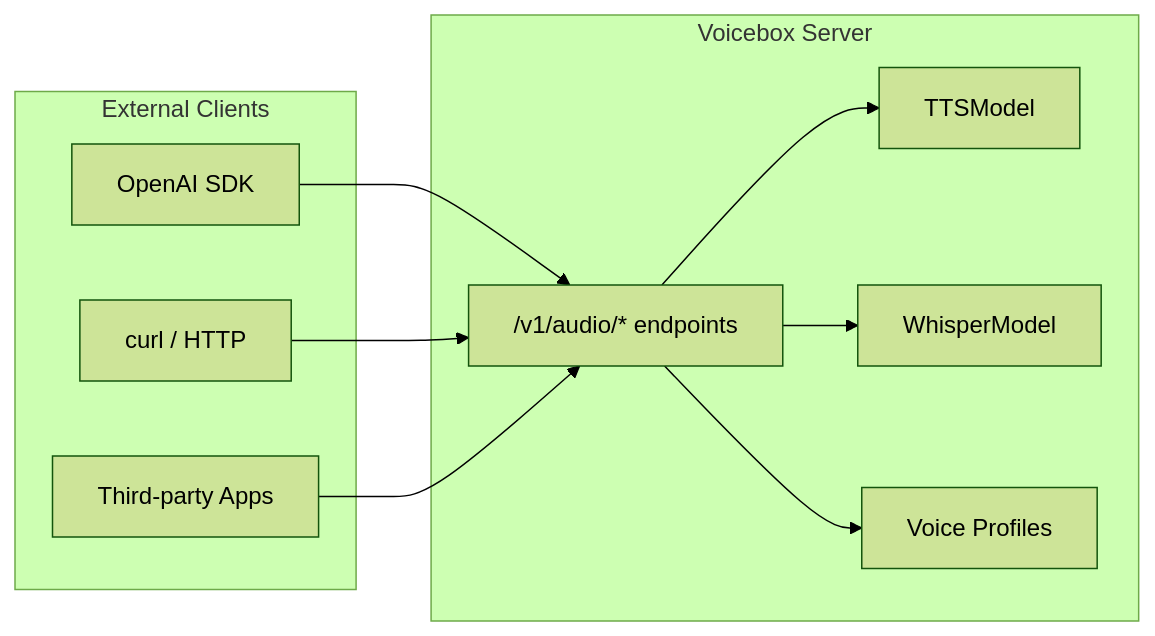
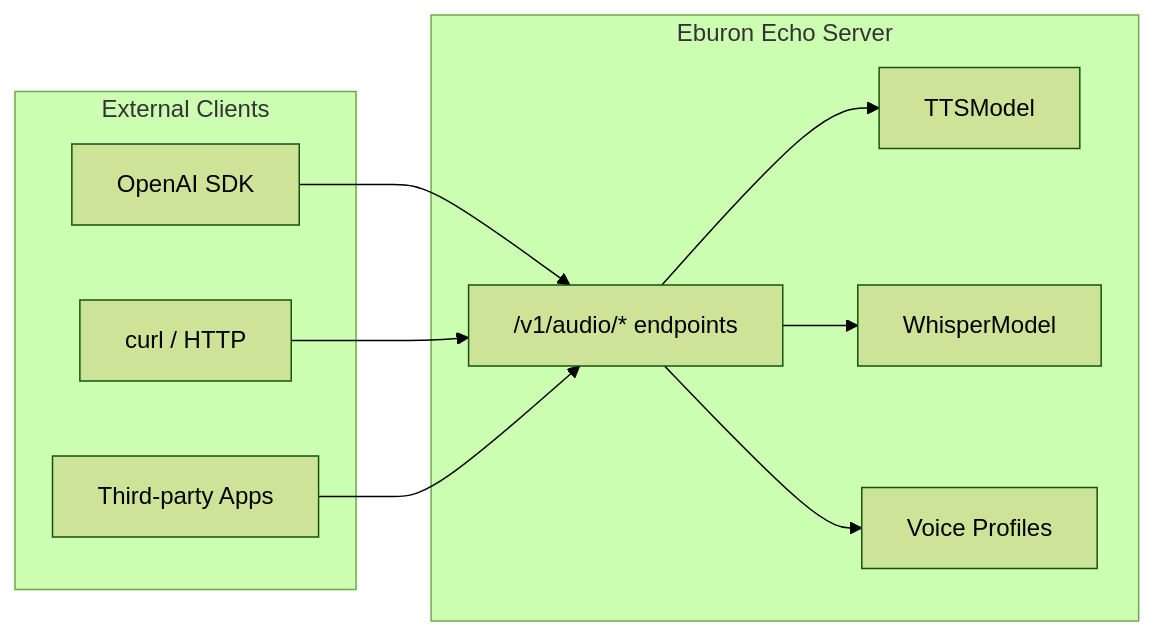
The diagram in docs/plans/OPENAI_SUPPORT.md (eburondeveloperph-gif/echo), drawn with Mermaid (forest theme) before and after one commit. The commit also changed other lines of this file and 186 other files, not shown here.

````diff
--- a/docs/plans/OPENAI_SUPPORT.md
+++ b/docs/plans/OPENAI_SUPPORT.md
@@ -11,22 +11,22 @@
 ```mermaid
 flowchart LR
     subgraph clients [External Clients]
         SDK[OpenAI SDK]
         Curl[curl / HTTP]
         Apps[Third-party Apps]
     end
     
-    subgraph voicebox [Voicebox Server]
+    subgraph eburon-echo [Eburon Echo Server]
         OpenAI["/v1/audio/* endpoints"]
         TTS[TTSModel]
         Whisper[WhisperModel]
         Profiles[Voice Profiles]
     end
     
     SDK --> OpenAI
     Curl --> OpenAI
     Apps --> OpenAI
     OpenAI --> TTS
     OpenAI --> Whisper
     OpenAI --> Profiles
 ```
````
